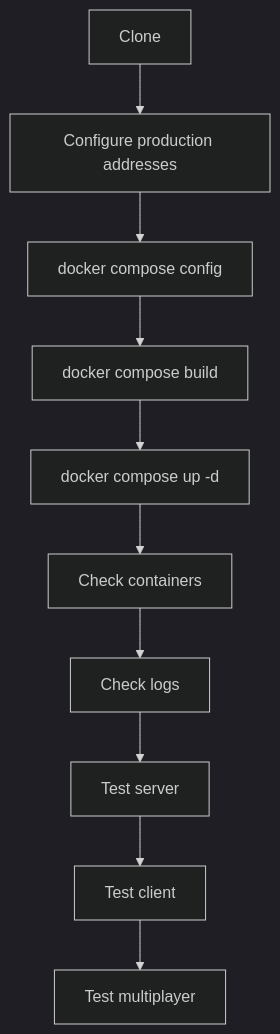
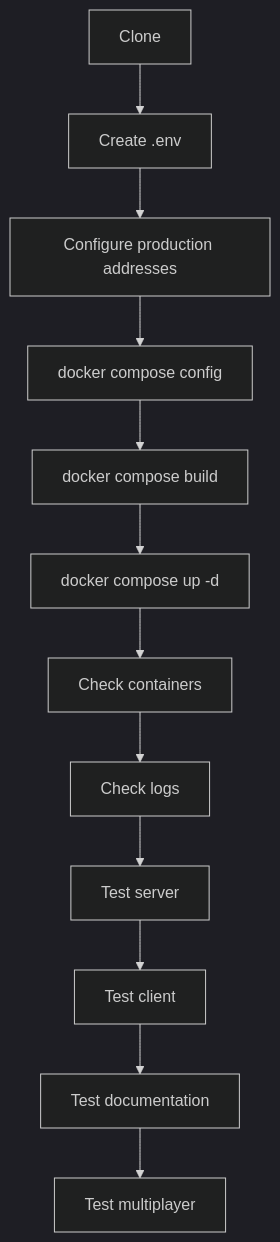
The fourth of 4 diagrams in docs/runbook/first-time-setup.md (Gearsik/madiao), drawn with Mermaid (dark theme) before and after one commit. The commit also changed other lines of this file and 16 other files, not shown here.

````diff
--- a/docs/runbook/first-time-setup.md
+++ b/docs/runbook/first-time-setup.md
@@ -499,15 +655,17 @@
 ```mermaid
 flowchart TD
     Clone["Clone"]
+    Env["Create .env"]
     Configure["Configure production addresses"]
     Config["docker compose config"]
     Build["docker compose build"]
     Up["docker compose up -d"]
     Containers["Check containers"]
     Logs["Check logs"]
     Server["Test server"]
     Client["Test client"]
+    Docs["Test documentation"]
     Multi["Test multiplayer"]
 
-    Clone --> Configure --> Config --> Build --> Up --> Containers --> Logs --> Server --> Client --> Multi
+    Clone --> Env --> Configure --> Config --> Build --> Up --> Containers --> Logs --> Server --> Client --> Docs --> Multi
 ```
````
